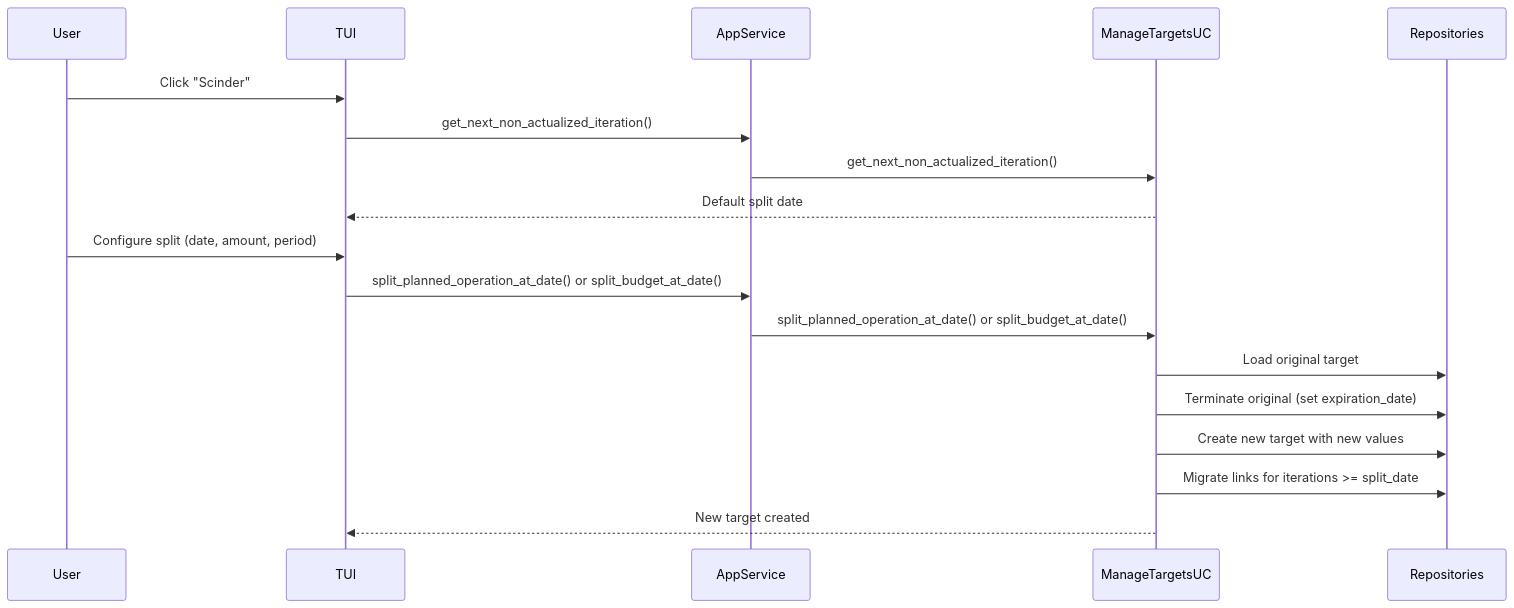
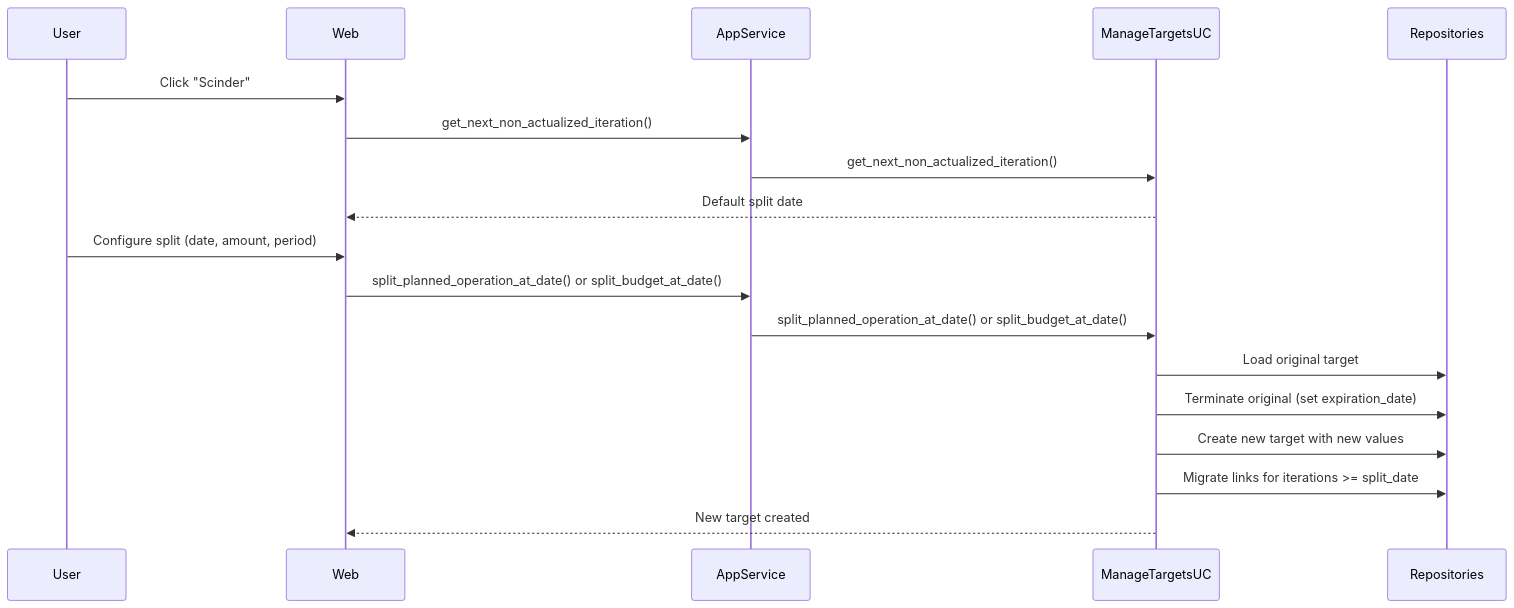
Before and after one commit to corentin-core/budget-forecaster: the first of 2 diagrams in docs/dev/planned-operations-budgets.md, drawn with Mermaid. The commit also changed 94 other files, not shown here.

First line of the commit message:
refactor: Retire the TUI in favor of the web app (#327)

````diff
--- a/docs/dev/planned-operations-budgets.md
+++ b/docs/dev/planned-operations-budgets.md
@@ -21,23 +21,23 @@
 ```mermaid
 sequenceDiagram
     participant User
-    participant TUI
+    participant Web
     participant AppService
     participant ManageTargetsUC
     participant Repositories
 
-    User->>TUI: Click "Scinder"
-    TUI->>AppService: get_next_non_actualized_iteration()
+    User->>Web: Click "Scinder"
+    Web->>AppService: get_next_non_actualized_iteration()
     AppService->>ManageTargetsUC: get_next_non_actualized_iteration()
-    ManageTargetsUC-->>TUI: Default split date
+    ManageTargetsUC-->>Web: Default split date
 
-    User->>TUI: Configure split (date, amount, period)
-    TUI->>AppService: split_planned_operation_at_date() or split_budget_at_date()
+    User->>Web: Configure split (date, amount, period)
+    Web->>AppService: split_planned_operation_at_date() or split_budget_at_date()
     AppService->>ManageTargetsUC: split_planned_operation_at_date() or split_budget_at_date()
 
     ManageTargetsUC->>Repositories: Load original target
     ManageTargetsUC->>Repositories: Terminate original (set expiration_date)
     ManageTargetsUC->>Repositories: Create new target with new values
     ManageTargetsUC->>Repositories: Migrate links for iterations >= split_date
-    ManageTargetsUC-->>TUI: New target created
+    ManageTargetsUC-->>Web: New target created
 ```
````
